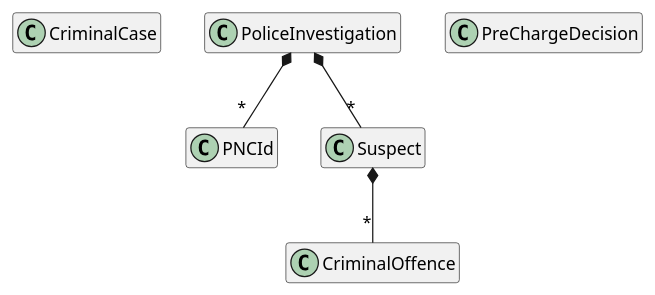
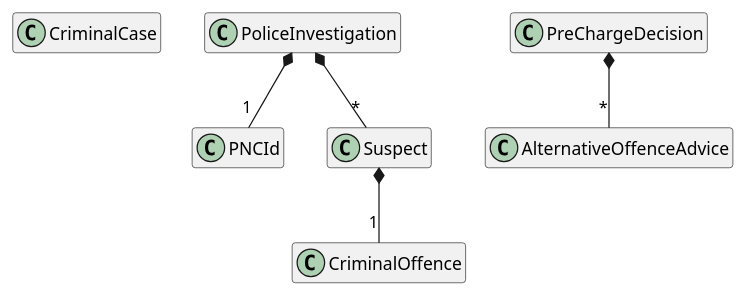
Before and after one commit to sswietoniowski/learning-csharp-domain-driven-desing-first-steps: the diagram in docs/Domain-Model.puml, drawn with PlantUML.

Commit message:
Fix direction of associations

```diff
--- a/docs/Domain-Model.puml
+++ b/docs/Domain-Model.puml
@@ -1,28 +1,33 @@
 @startuml
 hide empty members
 hide empty methods
 
 class CriminalCase {
 }
 
 class CriminalOffence {
 }
 
 class PNCId {
 }
 
 class PoliceInvestigation {
 }
 
 class PreChargeDecision {
 }
 
+class AlternativeOffenceAdvice {
+}
+
 class Suspect    {
 }
 
-Suspect *-- "*" CriminalOffence
+Suspect *-- "1" CriminalOffence
 
 PoliceInvestigation *-- "*" Suspect
 
-PoliceInvestigation *-- "*" PNCId
+PoliceInvestigation *-- "1" PNCId
+
+PreChargeDecision *-- "*" AlternativeOffenceAdvice
 @enduml
```
